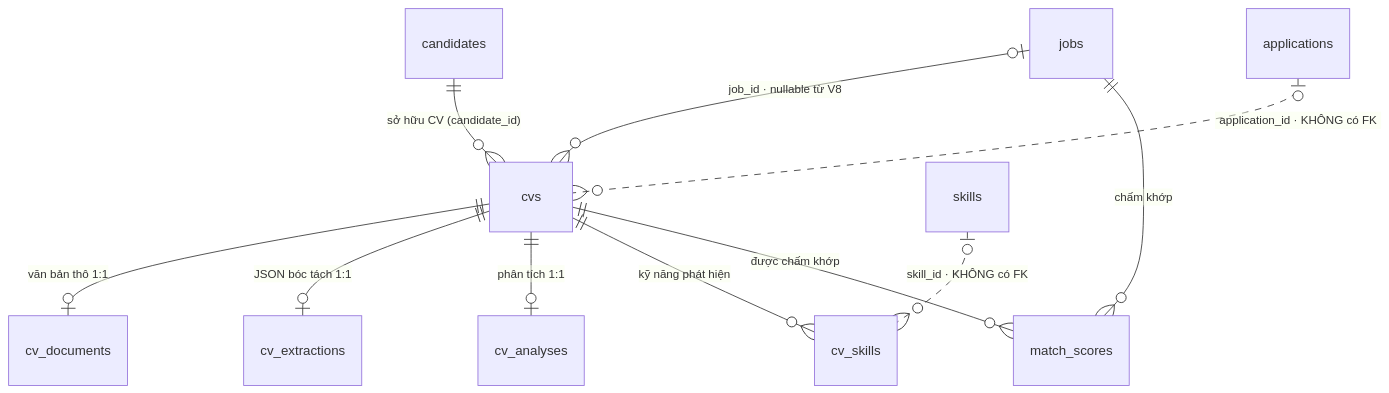
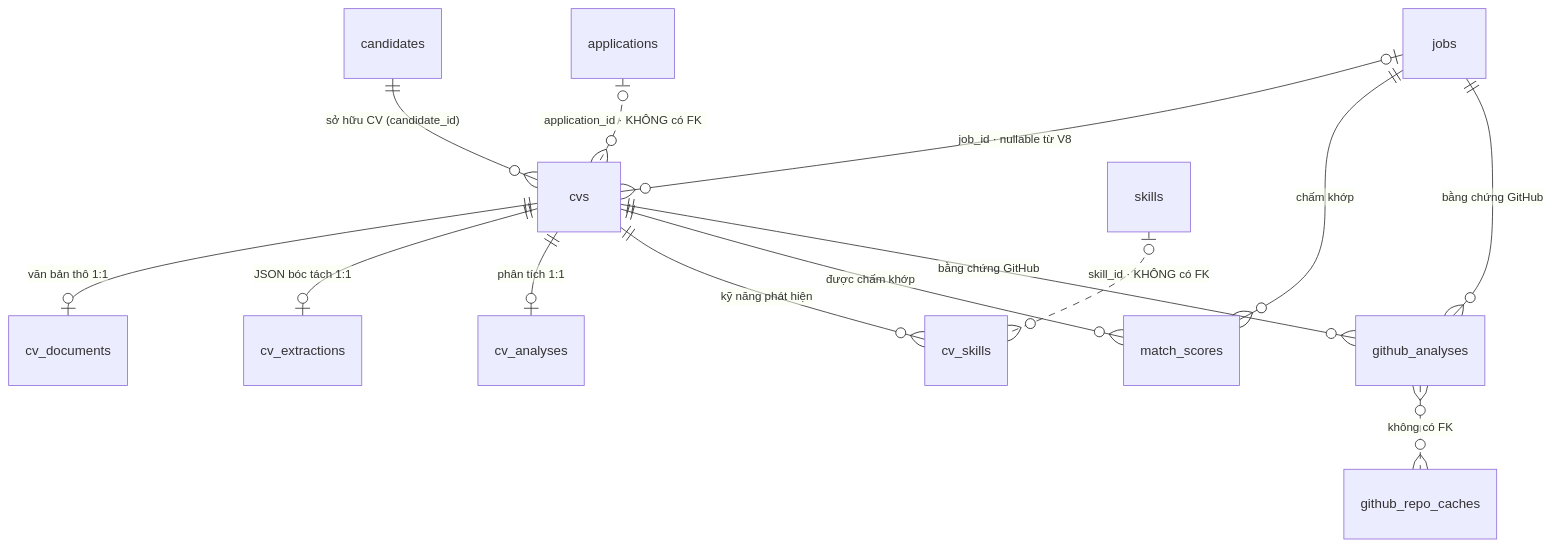
Before and after one commit to hieupnh12/SmartHire-AI: the sixth of 11 diagrams in docs/database/README.md, drawn with Mermaid. The commit also changed other lines of this file and 54 other files, not shown here.

````diff
--- a/docs/database/README.md
+++ b/docs/database/README.md
@@ -603,15 +607,18 @@
 ```mermaid
 erDiagram
     candidates ||--o{ cvs : "sở hữu CV (candidate_id)"
     jobs |o--o{ cvs : "job_id · nullable từ V8"
     applications |o..o{ cvs : "application_id · KHÔNG có FK"
 
     cvs ||--o| cv_documents : "văn bản thô 1:1"
     cvs ||--o| cv_extractions : "JSON bóc tách 1:1"
     cvs ||--o| cv_analyses : "phân tích 1:1"
     cvs ||--o{ cv_skills : "kỹ năng phát hiện"
     skills |o..o{ cv_skills : "skill_id · KHÔNG có FK"
 
     jobs ||--o{ match_scores : "chấm khớp"
     cvs ||--o{ match_scores : "được chấm khớp"
+    jobs ||--o{ github_analyses : "bằng chứng GitHub"
+    cvs ||--o{ github_analyses : "bằng chứng GitHub"
+    github_analyses }o..o{ github_repo_caches : "không có FK"
 ```
````
